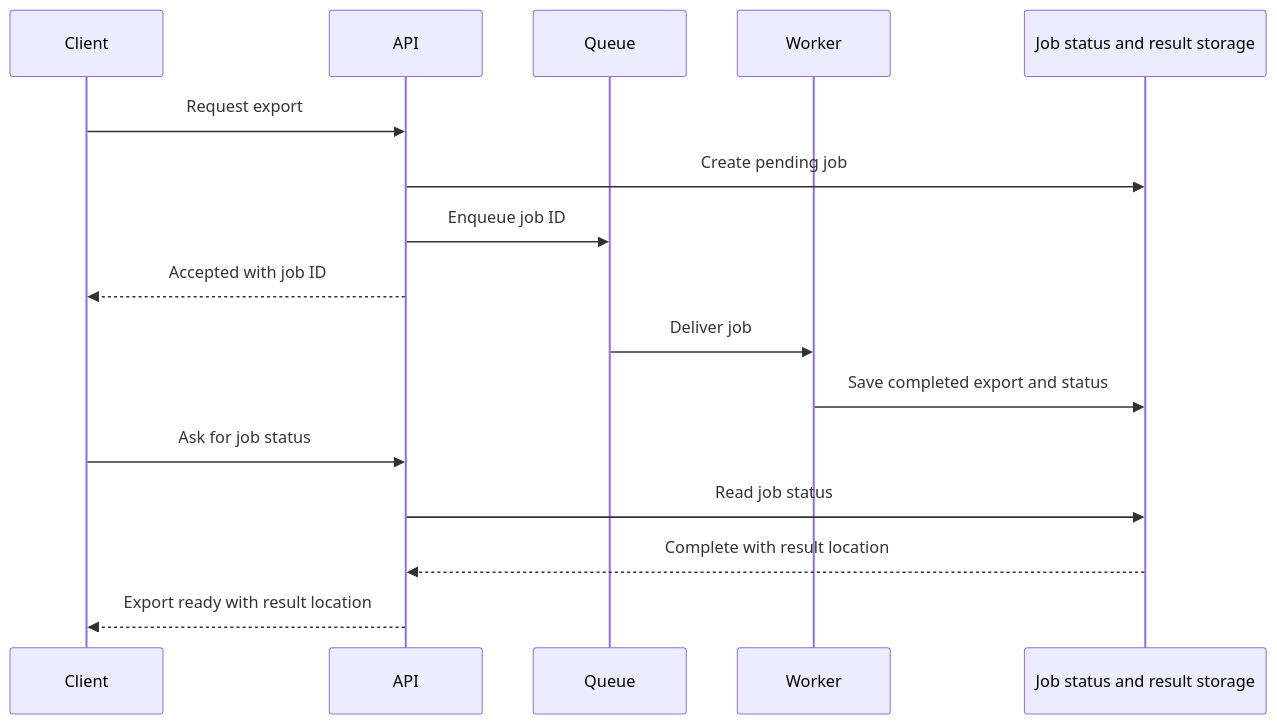
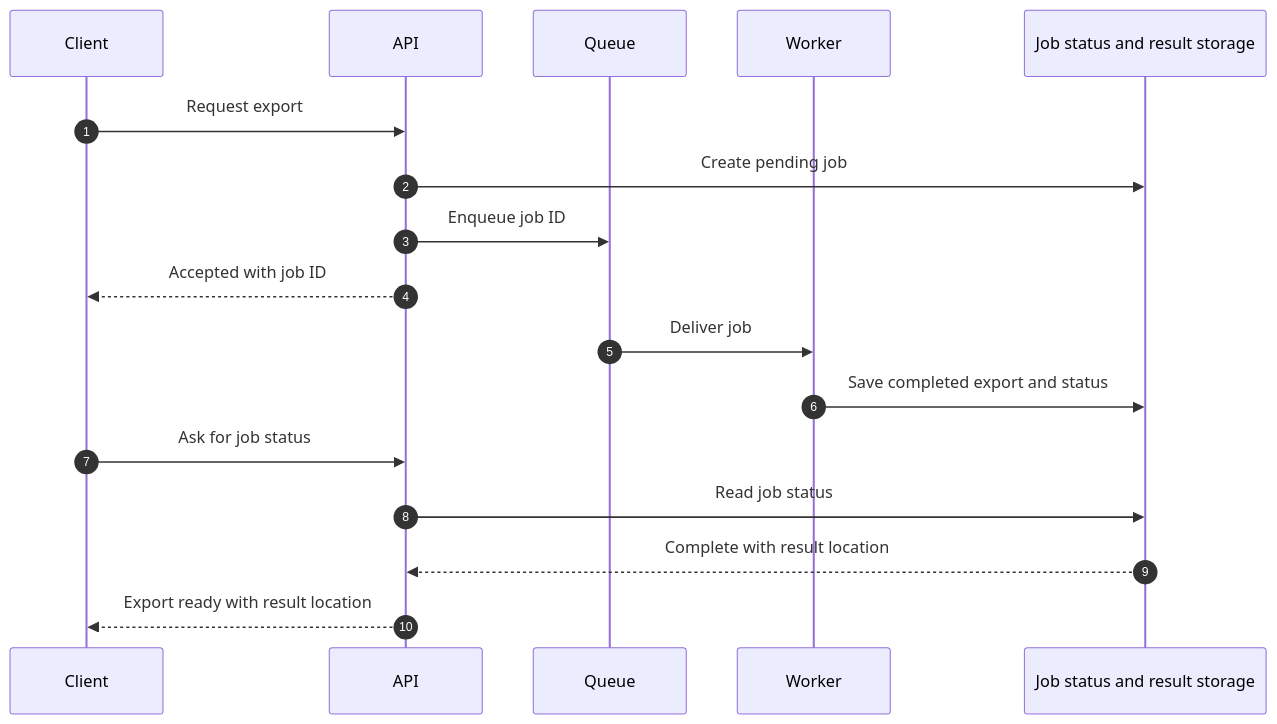
Before and after one commit to amrable/agent-skills: the fourth of 4 diagrams in skills/mental/references/examples.md, drawn with Mermaid. The commit also changed other lines of this file and 1 other file, not shown here.

Commit message:
Prefer numbered sequence diagrams for mental models

````diff
--- a/skills/mental/references/examples.md
+++ b/skills/mental/references/examples.md
@@ -117,18 +117,19 @@
 ```mermaid
 sequenceDiagram
+    autonumber
     participant Client
     participant API
     participant Queue
     participant Worker
     participant Store as Job status and result storage
     Client->>API: Request export
     API->>Store: Create pending job
     API->>Queue: Enqueue job ID
     API-->>Client: Accepted with job ID
     Queue->>Worker: Deliver job
     Worker->>Store: Save completed export and status
     Client->>API: Ask for job status
     API->>Store: Read job status
     Store-->>API: Complete with result location
     API-->>Client: Export ready with result location
 ```
````
